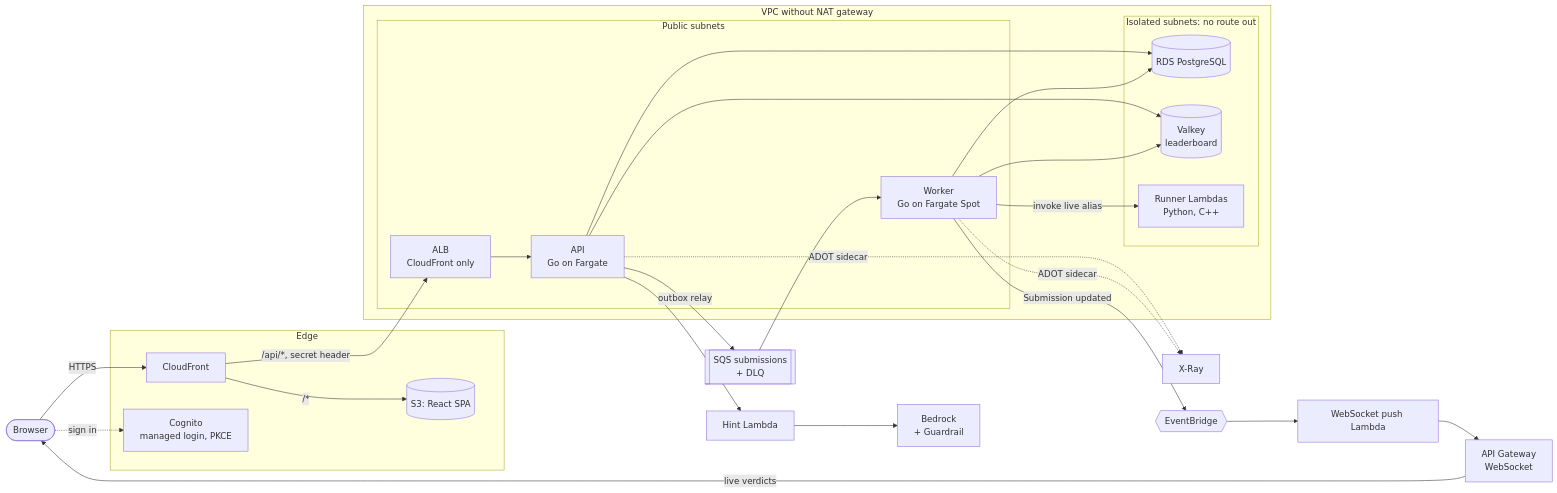
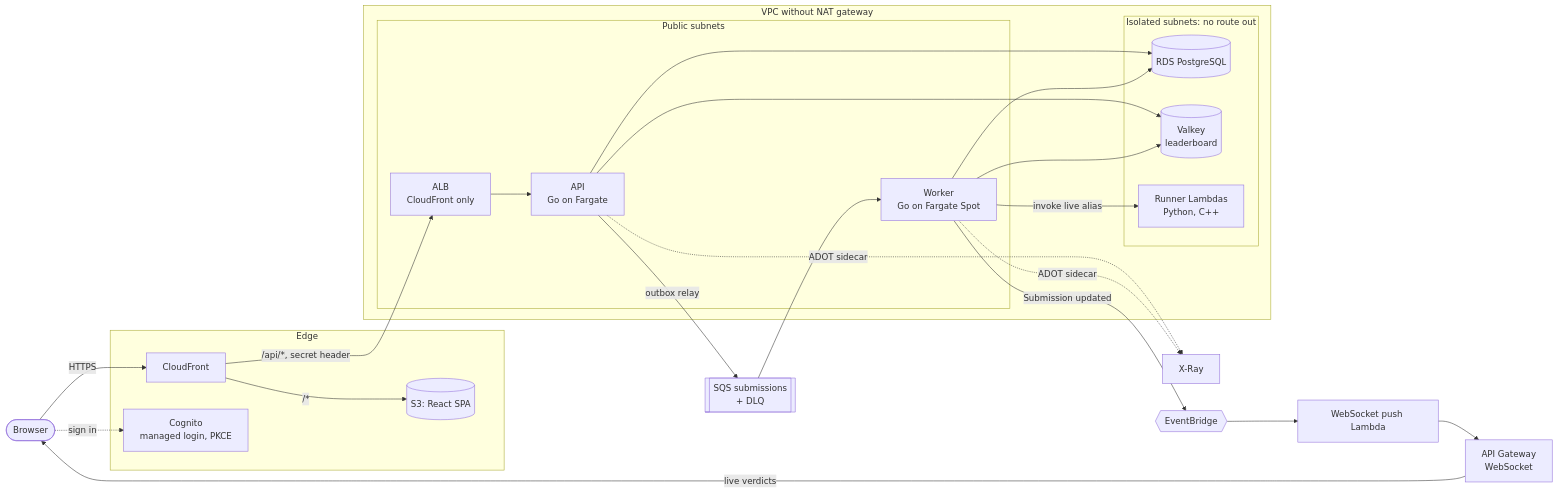
One commit to retek44/CodeArena changed the first of 5 diagrams in README.md. Above: the diagram before and after it, drawn with Mermaid. The commit also changed other lines of this file and 101 other files, not shown here.

Commit message:
add sandbox hardening suite" -m "Drop the Bedrock hint endpoint, Lambda, module and UI; deny bedrock:* for CI deploy roles (ADR-0021). Add probe-based sandbox suite for runner images; run the C++ runner under its own uid because RLIMIT_NPROC is per uid across containers

````diff
--- a/README.md
+++ b/README.md
@@ -46,46 +45,43 @@
 ```mermaid
 flowchart LR
   user([Browser])
 
   subgraph edge[Edge]
     cf[CloudFront]
     s3[(S3: React SPA)]
     cognito[Cognito<br/>managed login, PKCE]
   end
 
   subgraph vpc[VPC without NAT gateway]
     subgraph public[Public subnets]
       alb[ALB<br/>CloudFront only]
       api[API<br/>Go on Fargate]
       worker[Worker<br/>Go on Fargate Spot]
     end
     subgraph isolated[Isolated subnets: no route out]
       rds[(RDS PostgreSQL)]
       valkey[(Valkey<br/>leaderboard)]
       runners[Runner Lambdas<br/>Python, C++]
     end
   end
 
   sqs[[SQS submissions<br/>+ DLQ]]
   bus{{EventBridge}}
   push[WebSocket push Lambda]
   apigw[API Gateway<br/>WebSocket]
-  hint[Hint Lambda]
-  bedrock[Bedrock<br/>+ Guardrail]
   xray[X-Ray]
 
   user -->|HTTPS| cf
   cf -->|/*| s3
   cf -->|/api/*, secret header| alb --> api
   user -. sign in .-> cognito
   api --> rds
   api --> valkey
   api -->|outbox relay| sqs --> worker
   worker -->|invoke live alias| runners
   worker --> rds
   worker --> valkey
   worker -->|Submission updated| bus --> push --> apigw -->|live verdicts| user
-  api --> hint --> bedrock
   api -. ADOT sidecar .-> xray
   worker -. ADOT sidecar .-> xray
 ```
````
